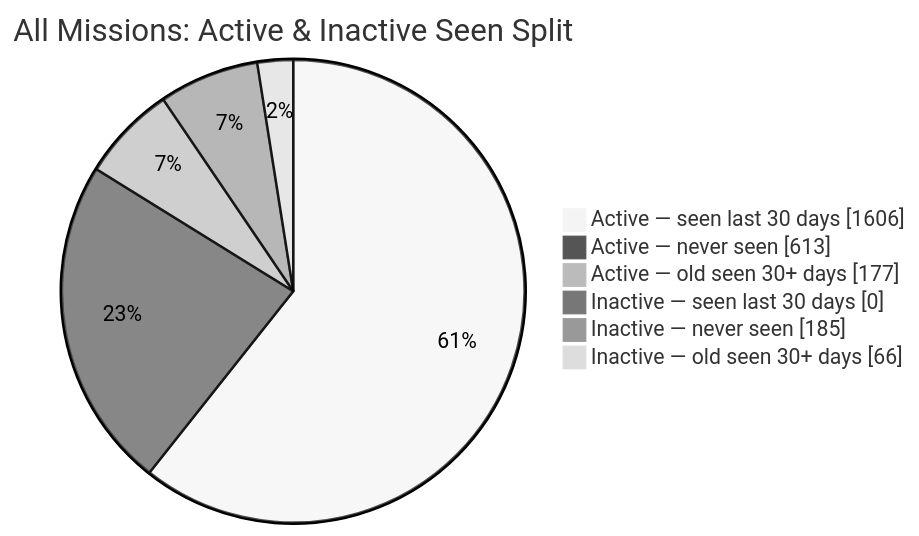
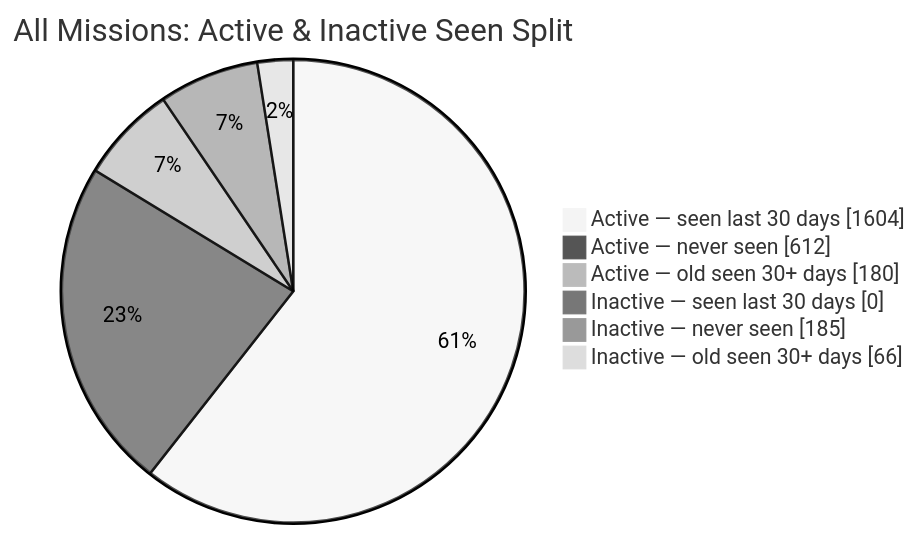
The second of 2 diagrams in README.md (MeldkamerspelGameTeam/active-missions), drawn with Mermaid (neutral theme) before and after one commit. The commit also changed other lines of this file and 4 other files, not shown here.

````diff
--- a/README.md
+++ b/README.md
@@ -44,10 +44,10 @@
 ```mermaid
 pie showData
     title All Missions: Active & Inactive Seen Split
-    "Active — seen last 30 days" : 1606
-    "Active — never seen" : 613
-    "Active — old seen 30+ days" : 177
+    "Active — seen last 30 days" : 1604
+    "Active — never seen" : 612
+    "Active — old seen 30+ days" : 180
     "Inactive — seen last 30 days" : 0
     "Inactive — never seen" : 185
     "Inactive — old seen 30+ days" : 66
 ```
````
